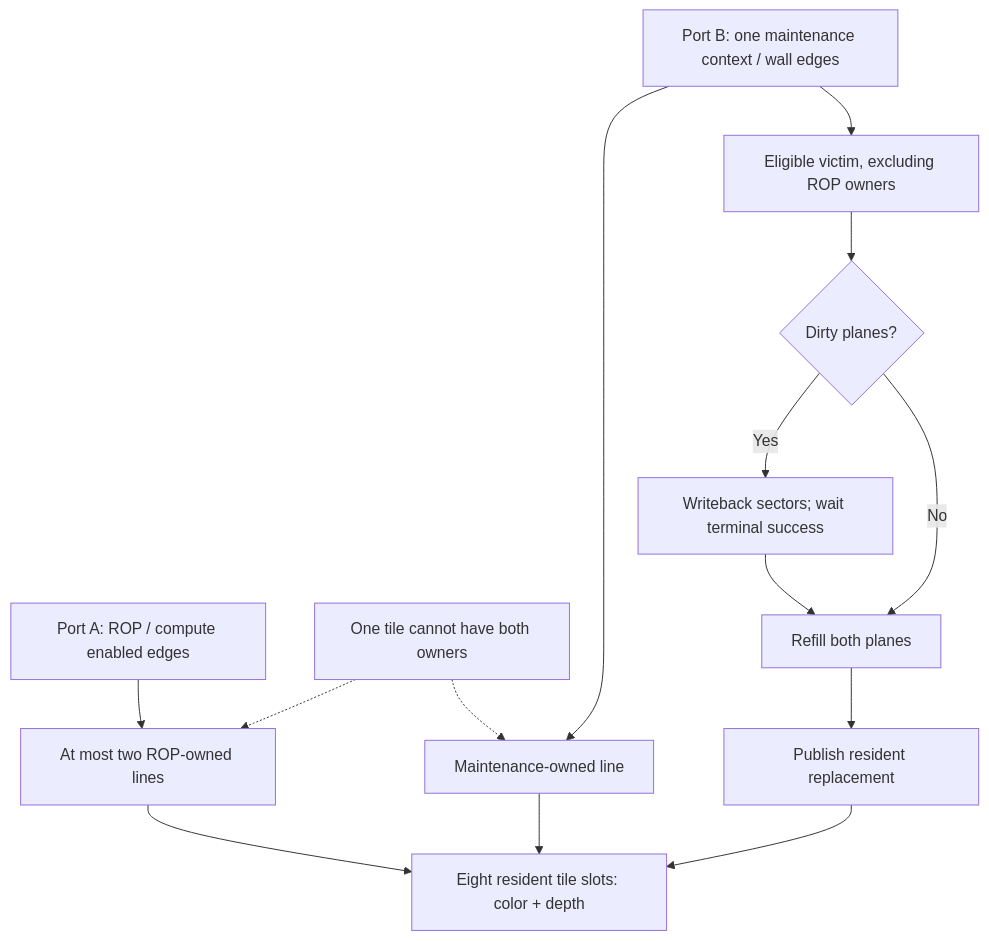
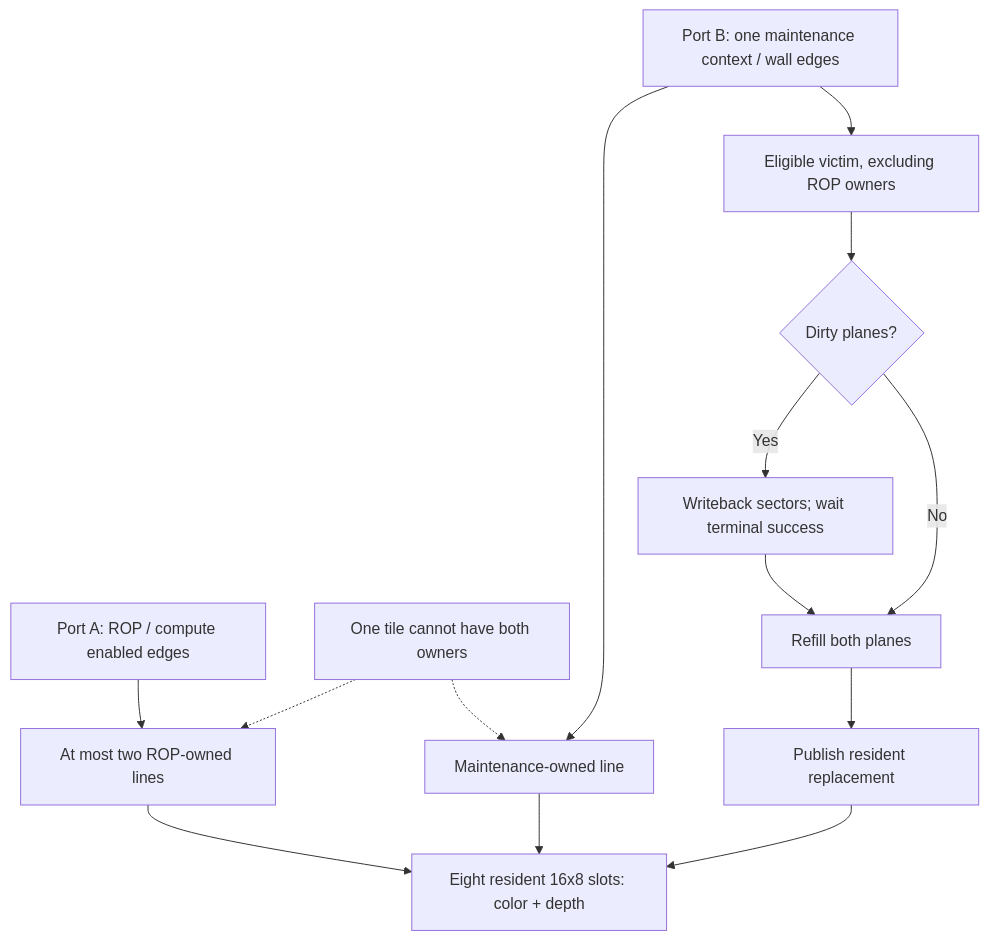
The diagram in ip/gpu-v2/docs/framebuffer.md (misdake/DigitalDesign), drawn with Mermaid before and after one commit. The commit also changed other lines of this file and 33 other files, not shown here.

````diff
--- a/ip/gpu-v2/docs/framebuffer.md
+++ b/ip/gpu-v2/docs/framebuffer.md
@@ -78,15 +86,15 @@
 ```mermaid
 flowchart TD
     A["Port A: ROP / compute enabled edges"] --> R["At most two ROP-owned lines"]
     B["Port B: one maintenance context / wall edges"] --> M["Maintenance-owned line"]
-    R --> Pool["Eight resident tile slots: color + depth"]
+    R --> Pool["Eight resident 16x8 slots: color + depth"]
     M --> Pool
     Exclusion["One tile cannot have both owners"] -.-> R
     Exclusion -.-> M
     B --> Victim["Eligible victim, excluding ROP owners"]
     Victim --> Dirty{"Dirty planes?"}
     Dirty -->|Yes| WB["Writeback sectors; wait terminal success"]
     Dirty -->|No| RF["Refill both planes"]
     WB --> RF --> Publish["Publish resident replacement"]
     Publish --> Pool
 ```
````
